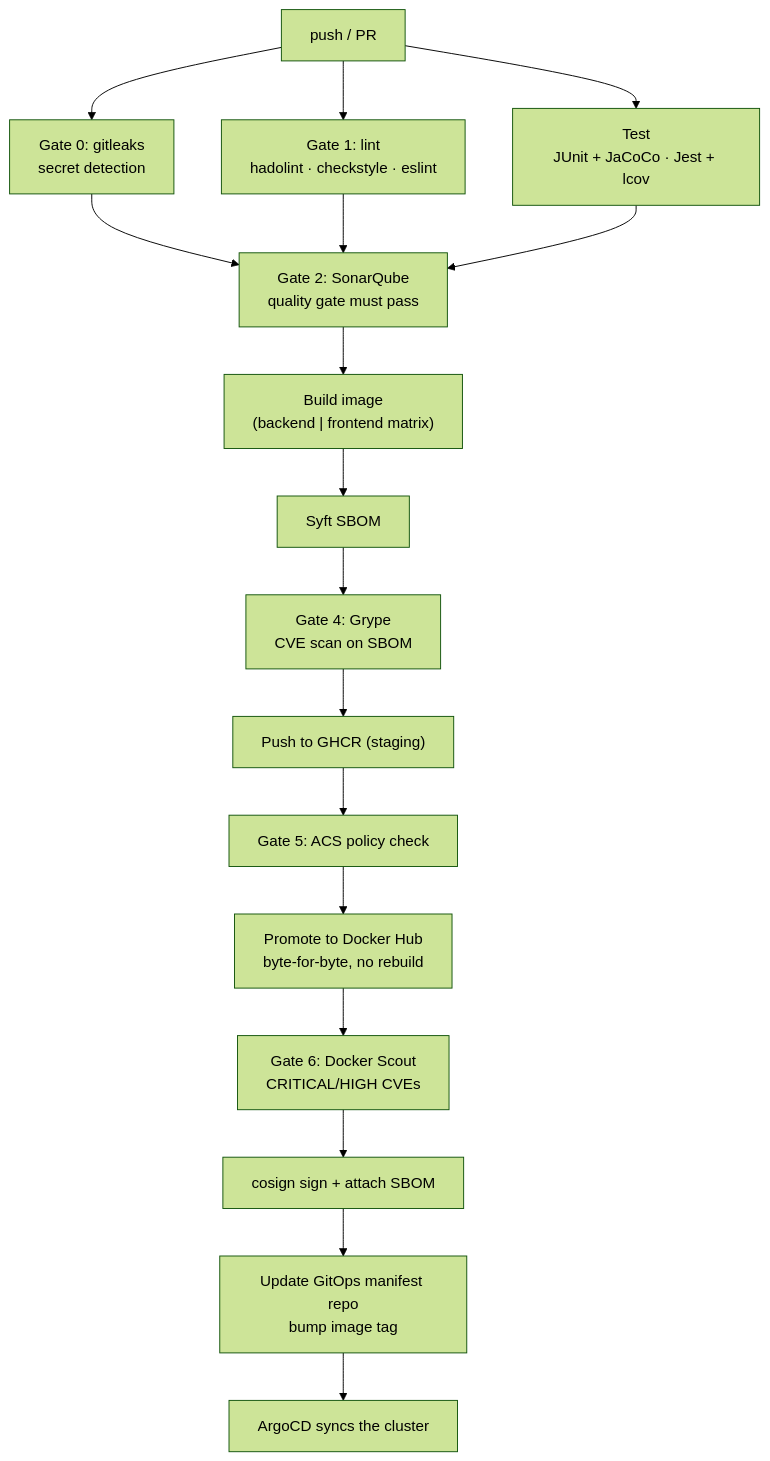
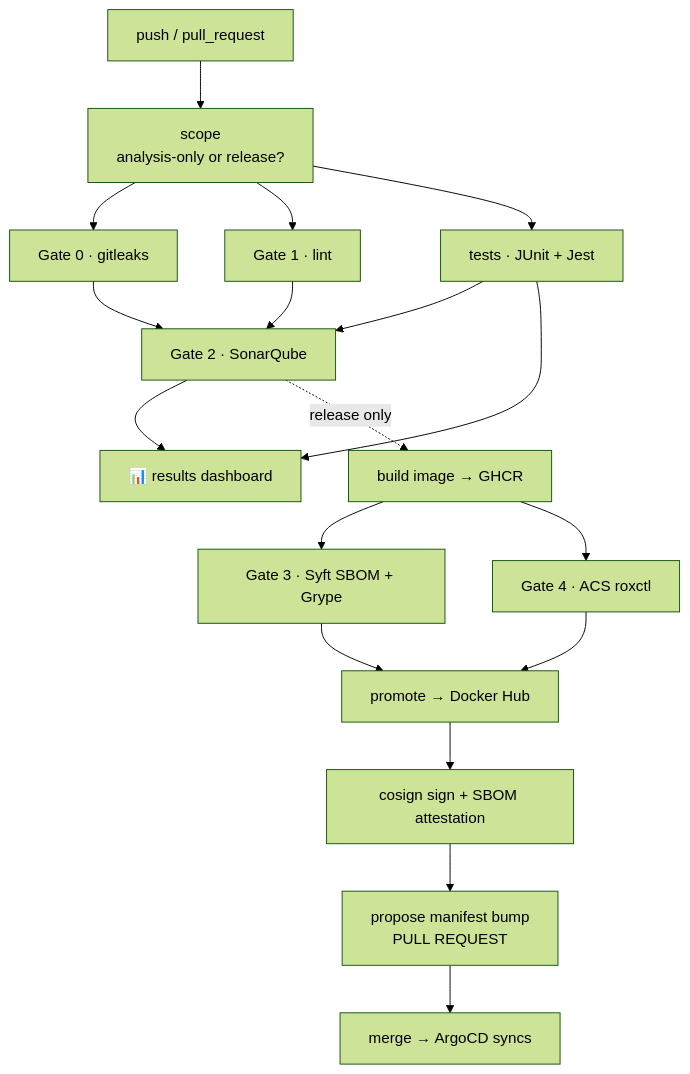
One commit to mhmdmstfa2010/opsera-mid_project changed the diagram in README.md. Above: the diagram before and after it, drawn with Mermaid (forest theme). The commit also changed other lines of this file and 16 other files, not shown here.

First line of the commit message:
ci: modularise the pipeline, add a branch strategy, dashboard and GitOps PR

````diff
--- a/README.md
+++ b/README.md
@@ -256,21 +36,20 @@
 ```mermaid
 flowchart TD
-    A["push / PR"] --> G1["Gate 0: gitleaks<br/>secret detection"]
-    A --> G2["Gate 1: lint<br/>hadolint · checkstyle · eslint"]
-    A --> T["Test<br/>JUnit + JaCoCo · Jest + lcov"]
-
-    G1 --> S["Gate 2: SonarQube<br/>quality gate must pass"]
-    G2 --> S
-    T --> S
-
-    S --> B["Build image<br/>(backend | frontend matrix)"]
-    B --> SBOM["Syft SBOM"]
-    SBOM --> GR["Gate 4: Grype<br/>CVE scan on SBOM"]
-    GR --> PUSH["Push to GHCR (staging)"]
-    PUSH --> ACS["Gate 5: ACS policy check"]
-    ACS --> PROMO["Promote to Docker Hub<br/>byte-for-byte, no rebuild"]
-    PROMO --> SCOUT["Gate 6: Docker Scout<br/>CRITICAL/HIGH CVEs"]
-    SCOUT --> SIGN["cosign sign + attach SBOM"]
-    SIGN --> M["Update GitOps manifest repo<br/>bump image tag"]
-    M --> ARGO["ArgoCD syncs the cluster"]
+    E["push / pull_request"] --> SC["scope<br/>analysis-only or release?"]
+    SC --> G0["Gate 0 · gitleaks"]
+    SC --> G1["Gate 1 · lint"]
+    SC --> T["tests · JUnit + Jest"]
+    G0 --> SQ["Gate 2 · SonarQube"]
+    G1 --> SQ
+    T --> SQ
+    T --> DASH["📊 results dashboard"]
+    SQ --> DASH
+    SQ -.release only.-> B["build image → GHCR"]
+    B --> G3["Gate 3 · Syft SBOM + Grype"]
+    B --> G4["Gate 4 · ACS roxctl"]
+    G3 --> P["promote → Docker Hub"]
+    G4 --> P
+    P --> S["cosign sign + SBOM attestation"]
+    S --> M["propose manifest bump<br/>PULL REQUEST"]
+    M --> ARGO["merge → ArgoCD syncs"]
 ```
````
